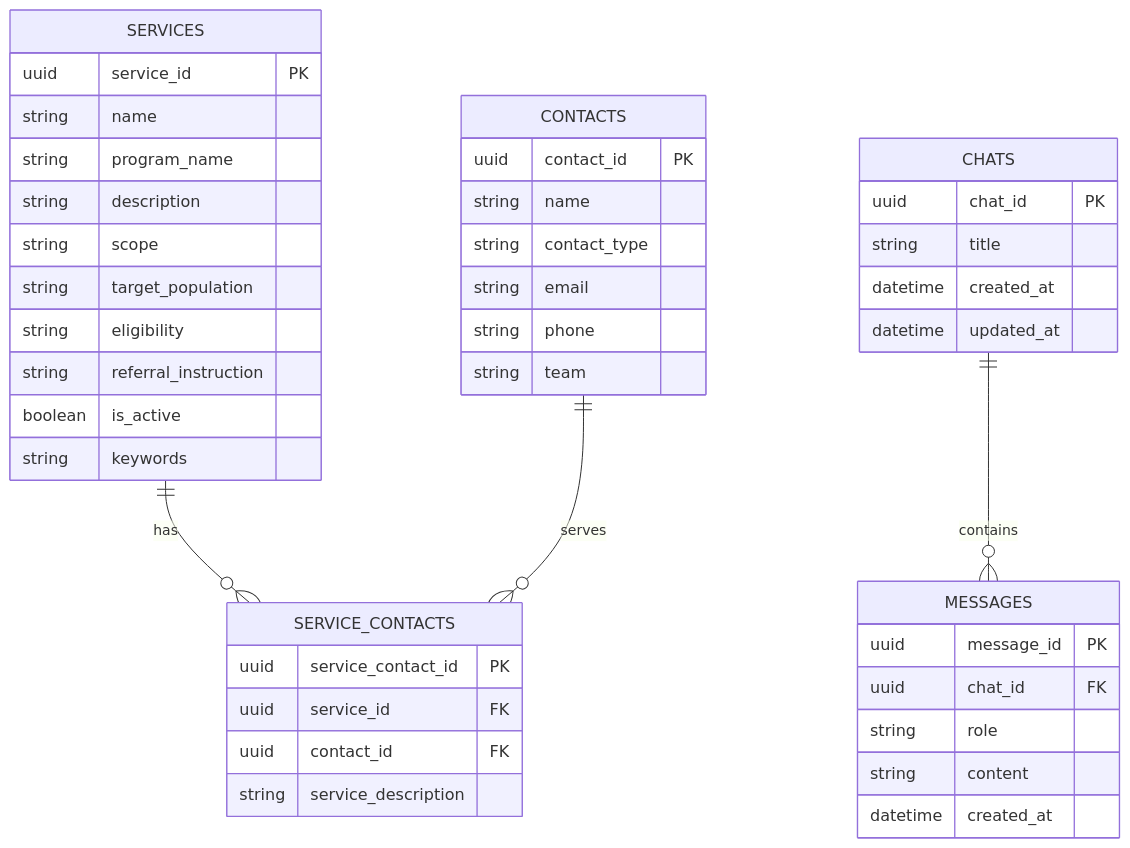
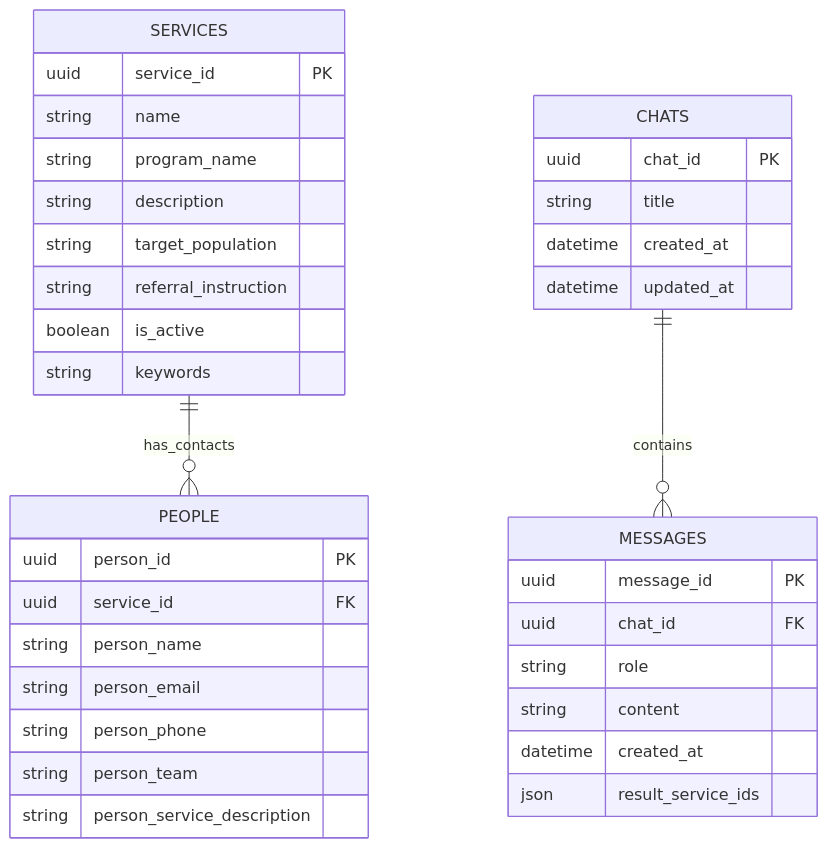
One commit to rice-apps/montrose-center changed the second of 2 diagrams in design/architecture_diagram.md. Above: the diagram before and after it, drawn with Mermaid. The commit also changed other lines of this file and 1 other file, not shown here.

Commit message:
cleaned up diagram

````diff
--- a/design/architecture_diagram.md
+++ b/design/architecture_diagram.md
@@ -40,46 +34,39 @@
 ```mermaid
 erDiagram
-    SERVICES ||--o{ SERVICE_CONTACTS : has
-    CONTACTS ||--o{ SERVICE_CONTACTS : serves
+    SERVICES ||--o{ PEOPLE : has_contacts
     CHATS ||--o{ MESSAGES : contains
 
     SERVICES {
         uuid service_id PK
         string name
         string program_name
         string description
-        string scope
         string target_population
-        string eligibility
         string referral_instruction
         boolean is_active
         string keywords
     }
-    CONTACTS {
-        uuid contact_id PK
-        string name
-        string contact_type
-        string email
-        string phone
-        string team
-    }
-    SERVICE_CONTACTS {
-        uuid service_contact_id PK
+    PEOPLE {
+        uuid person_id PK
         uuid service_id FK
-        uuid contact_id FK
-        string service_description
+        string person_name
+        string person_email
+        string person_phone
+        string person_team
+        string person_service_description
     }
     CHATS {
         uuid chat_id PK
         string title
         datetime created_at
         datetime updated_at
     }
     MESSAGES {
         uuid message_id PK
         uuid chat_id FK
         string role
         string content
         datetime created_at
+        json result_service_ids
     }
 ```
````
